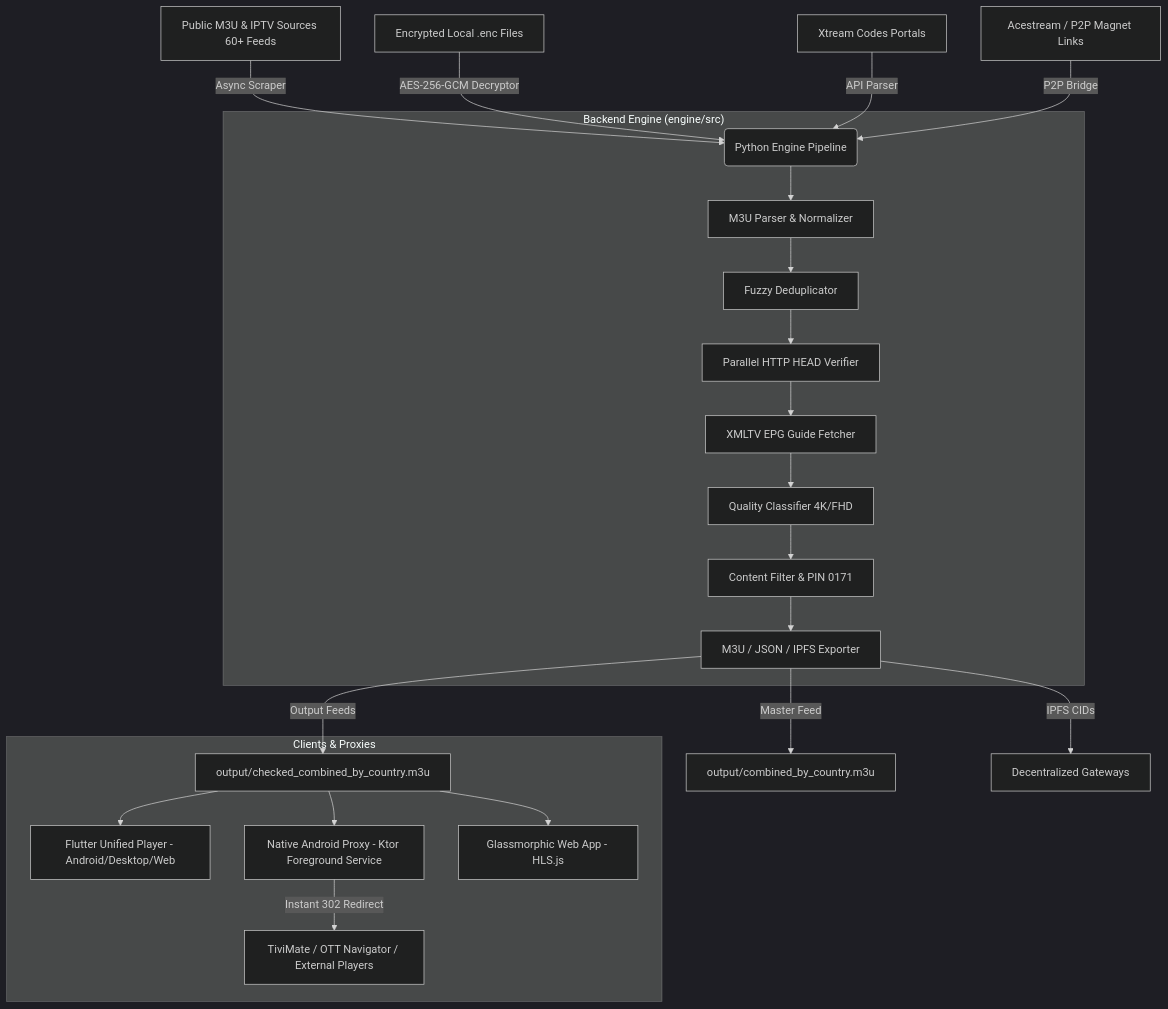
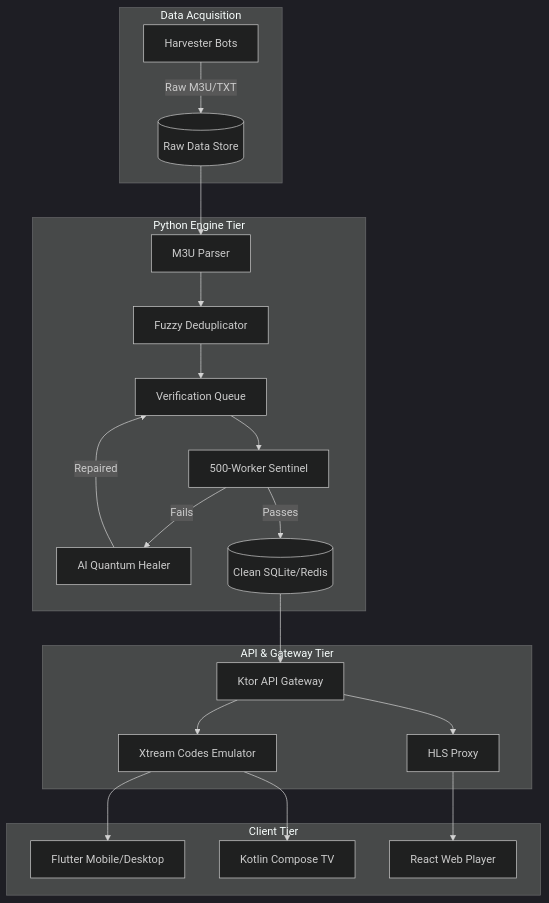
Before and after one commit to ShoumikBalaSomu/ALL-IN-One-IPTV: the first of 2 diagrams in ARCHITECTURE.md, drawn with Mermaid (dark theme). The commit also changed other lines of this file and 46 other files, not shown here.

First line of the commit message:
feat(v2.1.0): complete architectural overhaul & documentation redesign

````diff
--- a/ARCHITECTURE.md
+++ b/ARCHITECTURE.md
@@ -9,28 +9,28 @@
 ```mermaid
 graph TD
-    A[Public M3U & IPTV Sources 60+ Feeds] -->|Async Scraper| B(Python Engine Pipeline)
-    C[Encrypted Local .enc Files] -->|AES-256-GCM Decryptor| B
-    D[Xtream Codes Portals] -->|API Parser| B
-    E[Acestream / P2P Magnet Links] -->|P2P Bridge| B
-
-    subgraph "Backend Engine (engine/src)"
-        B --> F[M3U Parser & Normalizer]
-        F --> G[Fuzzy Deduplicator]
-        G --> H[Parallel HTTP HEAD Verifier]
-        H --> I[XMLTV EPG Guide Fetcher]
-        I --> J[Quality Classifier 4K/FHD]
-        J --> K[Content Filter & PIN 0171]
-        K --> L[M3U / JSON / IPFS Exporter]
+    subgraph Data Acquisition
+        H[Harvester Bots] --> |Raw M3U/TXT| RawStore[(Raw Data Store)]
+    end
+    
+    subgraph Python Engine Tier
+        RawStore --> Parser[M3U Parser]
+        Parser --> Dup[Fuzzy Deduplicator]
+        Dup --> Queue[Verification Queue]
+        Queue --> V[500-Worker Sentinel]
+        V -- Fails --> QHealer[AI Quantum Healer]
+        QHealer -- Repaired --> Queue
+        V -- Passes --> DB[(Clean SQLite/Redis)]
     end
 
-    L -->|Output Feeds| M[output/checked_combined_by_country.m3u]
-    L -->|Master Feed| N[output/combined_by_country.m3u]
-    L -->|IPFS CIDs| O[Decentralized Gateways]
+    subgraph API & Gateway Tier
+        DB --> Ktor[Ktor API Gateway]
+        Ktor --> XAPI[Xtream Codes Emulator]
+        Ktor --> HLS[HLS Proxy]
+    end
 
-    subgraph "Clients & Proxies"
-        M --> P[Flutter Unified Player - Android/Desktop/Web]
-        M --> Q[Native Android Proxy - Ktor Foreground Service]
-        M --> R[Glassmorphic Web App - HLS.js]
-        Q -->|Instant 302 Redirect| S[TiviMate / OTT Navigator / External Players]
+    subgraph Client Tier
+        XAPI --> Flutter[Flutter Mobile/Desktop]
+        XAPI --> AndroidTV[Kotlin Compose TV]
+        HLS --> Web[React Web Player]
     end
 ```
````
